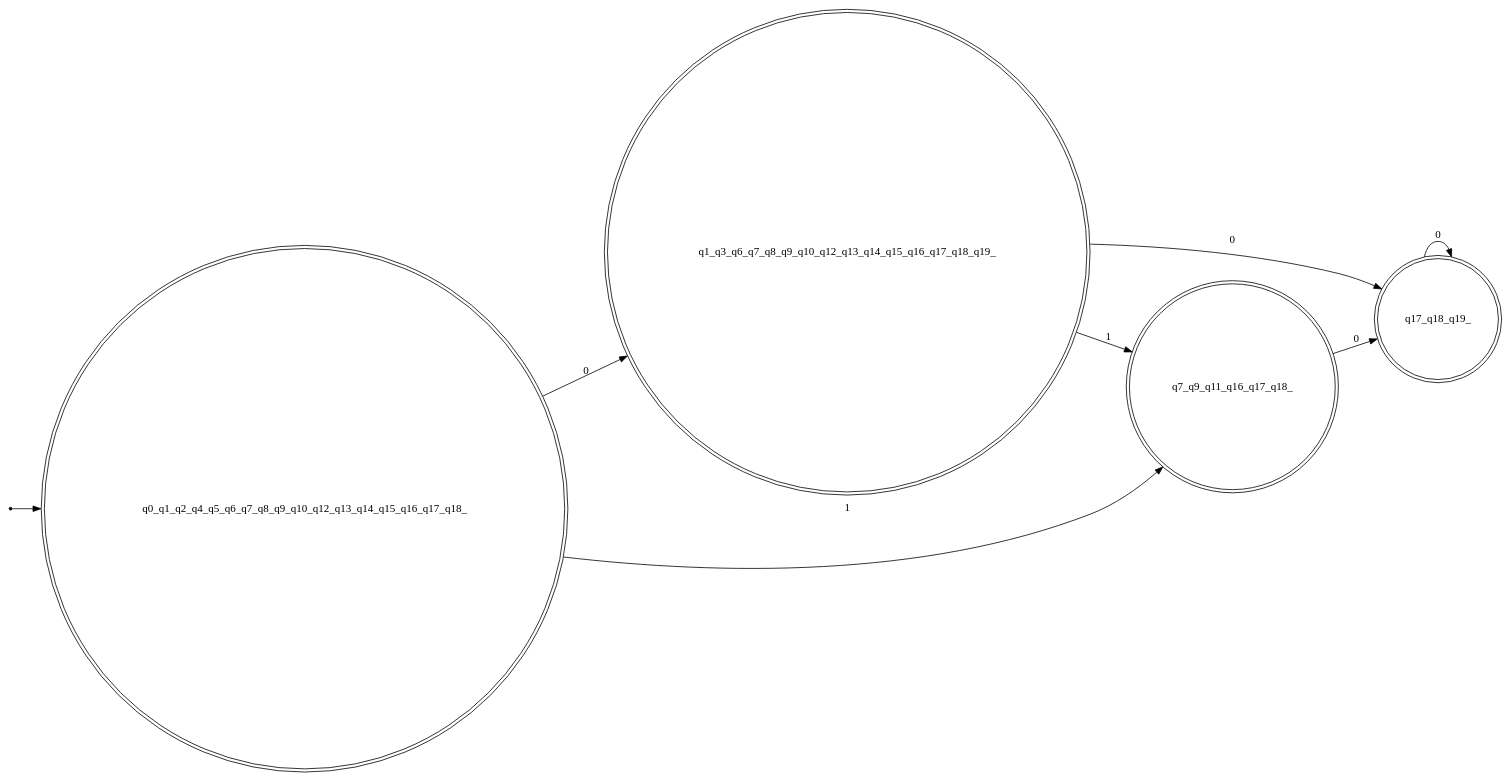
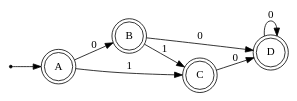
Before and after one commit to ecarcamo/theory-of-computation: the diagram in proyecto1/dotout/dfa_004.dot, drawn with Graphviz. The commit also changed 9 other files, not shown here.

```diff
--- a/proyecto1/dotout/dfa_004.dot
+++ b/proyecto1/dotout/dfa_004.dot
@@ -1,16 +1,21 @@
+// Subconjuntos DFA:
+// B = q1_q3_q6_q7_q8_q9_q10_q12_q13_q14_q15_q16_q17_q18_q19_
+// C = q7_q9_q11_q16_q17_q18_
+// D = q17_q18_q19_
+// A = q0_q1_q2_q4_q5_q6_q7_q8_q9_q10_q12_q13_q14_q15_q16_q17_q18_
 digraph DFA {
   rankdir=LR;
   node [shape=circle];
   s [shape=point];
-  s -> q0_q1_q2_q4_q5_q6_q7_q8_q9_q10_q12_q13_q14_q15_q16_q17_q18_;
-  q17_q18_q19_ [shape=doublecircle];
-  q0_q1_q2_q4_q5_q6_q7_q8_q9_q10_q12_q13_q14_q15_q16_q17_q18_ [shape=doublecircle];
-  q1_q3_q6_q7_q8_q9_q10_q12_q13_q14_q15_q16_q17_q18_q19_ [shape=doublecircle];
-  q7_q9_q11_q16_q17_q18_ [shape=doublecircle];
-  q0_q1_q2_q4_q5_q6_q7_q8_q9_q10_q12_q13_q14_q15_q16_q17_q18_ -> q1_q3_q6_q7_q8_q9_q10_q12_q13_q14_q15_q16_q17_q18_q19_ [label="0"];
-  q0_q1_q2_q4_q5_q6_q7_q8_q9_q10_q12_q13_q14_q15_q16_q17_q18_ -> q7_q9_q11_q16_q17_q18_ [label="1"];
-  q1_q3_q6_q7_q8_q9_q10_q12_q13_q14_q15_q16_q17_q18_q19_ -> q17_q18_q19_ [label="0"];
-  q1_q3_q6_q7_q8_q9_q10_q12_q13_q14_q15_q16_q17_q18_q19_ -> q7_q9_q11_q16_q17_q18_ [label="1"];
-  q7_q9_q11_q16_q17_q18_ -> q17_q18_q19_ [label="0"];
-  q17_q18_q19_ -> q17_q18_q19_ [label="0"];
+  s -> A;
+  A [shape=doublecircle];
+  B [shape=doublecircle];
+  C [shape=doublecircle];
+  D [shape=doublecircle];
+  C -> D [label="0"];
+  D -> D [label="0"];
+  A -> B [label="0"];
+  A -> C [label="1"];
+  B -> D [label="0"];
+  B -> C [label="1"];
 }
```
